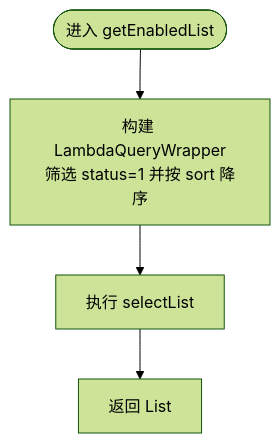
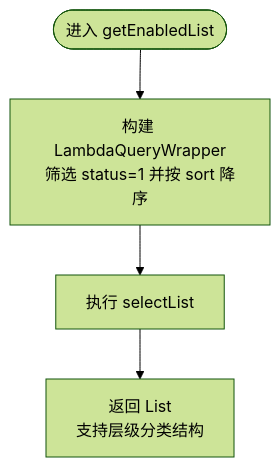
One commit to QtImM/wechatMiniprogram_Store changed the third of 6 diagrams in .qoder/repowiki/zh/content/后端架构设计/业务模块设计/商品模块 (shop-module-product)/商品模块 (shop-module-product).md. Above: the diagram before and after it, drawn with Mermaid (forest theme). The commit also changed other lines of this file and 109 other files, not shown here.

````diff
--- a/.qoder/repowiki/zh/content/后端架构设计/业务模块设计/商品模块 (shop-module-product)/商品模块 (shop-module-product).md
+++ b/.qoder/repowiki/zh/content/后端架构设计/业务模块设计/商品模块 (shop-module-product)/商品模块 (shop-module-product).md
@@ -180,6 +184,6 @@
 ```mermaid
 flowchart TD
 Start(["进入 getEnabledList"]) --> Build["构建 LambdaQueryWrapper<br/>筛选 status=1 并按 sort 降序"]
 Build --> Exec["执行 selectList"]
-Exec --> Return["返回 List<CategoryDO>"]
+Exec --> Return["返回 List<CategoryDO><br/>支持层级分类结构"]
 ```
````
